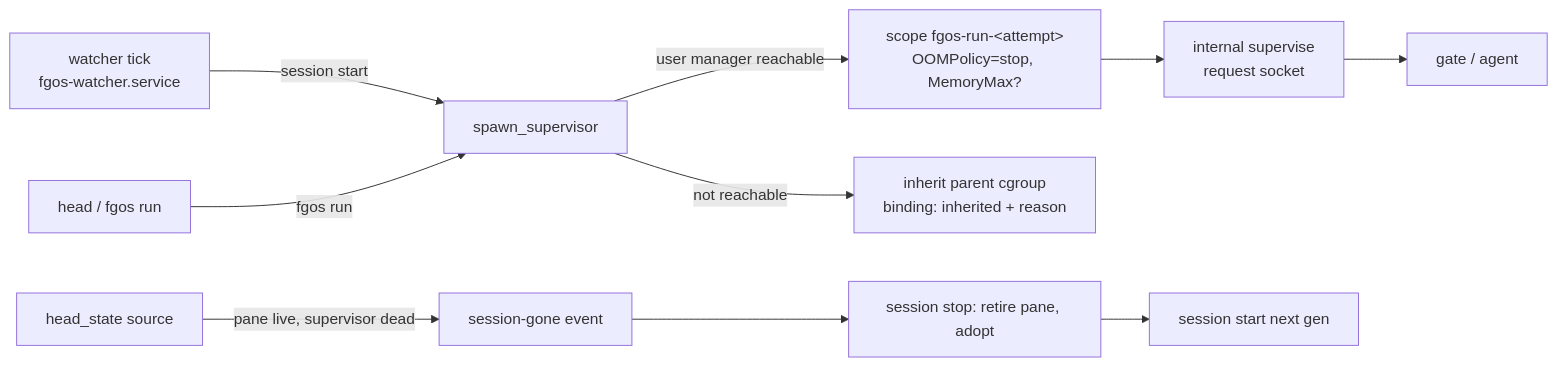
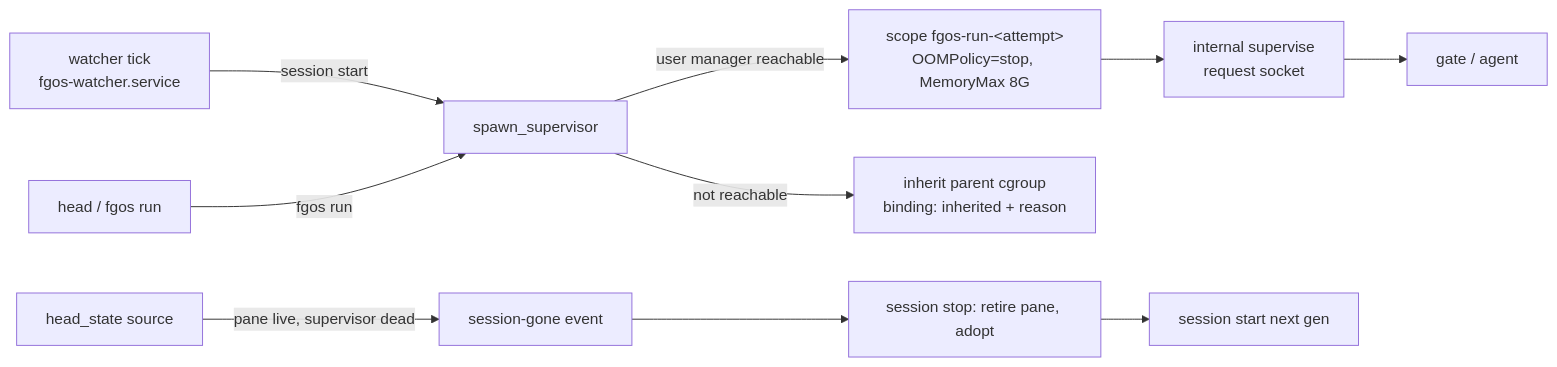
The diagram in plans/discussions/ds-rig5dsai5l-head-run-own-failure-domain/DISCUSSION.md (vantt/forgent), drawn with Mermaid before and after one commit. The commit also changed other lines of this file, not shown here.

Commit message:
discussion(head-run-own-failure-domain): owner sets the scope memory cap default to 8G

````diff
--- a/plans/discussions/ds-rig5dsai5l-head-run-own-failure-domain/DISCUSSION.md
+++ b/plans/discussions/ds-rig5dsai5l-head-run-own-failure-domain/DISCUSSION.md
@@ -133,10 +133,10 @@
 ```mermaid
 flowchart LR
   W[watcher tick<br/>fgos-watcher.service] -->|session start| L[spawn_supervisor]
   H[head / fgos run] -->|fgos run| L
-  L -->|user manager reachable| S1[scope fgos-run-&lt;attempt&gt;<br/>OOMPolicy=stop, MemoryMax?]
+  L -->|user manager reachable| S1[scope fgos-run-&lt;attempt&gt;<br/>OOMPolicy=stop, MemoryMax 8G]
   L -->|not reachable| S0[inherit parent cgroup<br/>binding: inherited + reason]
   S1 --> SUP[internal supervise<br/>request socket] --> G[gate / agent]
   HS[head_state source] -->|pane live, supervisor dead| E[session-gone event]
   E --> ST[session stop: retire pane, adopt] --> NS[session start next gen]
 ```
````
